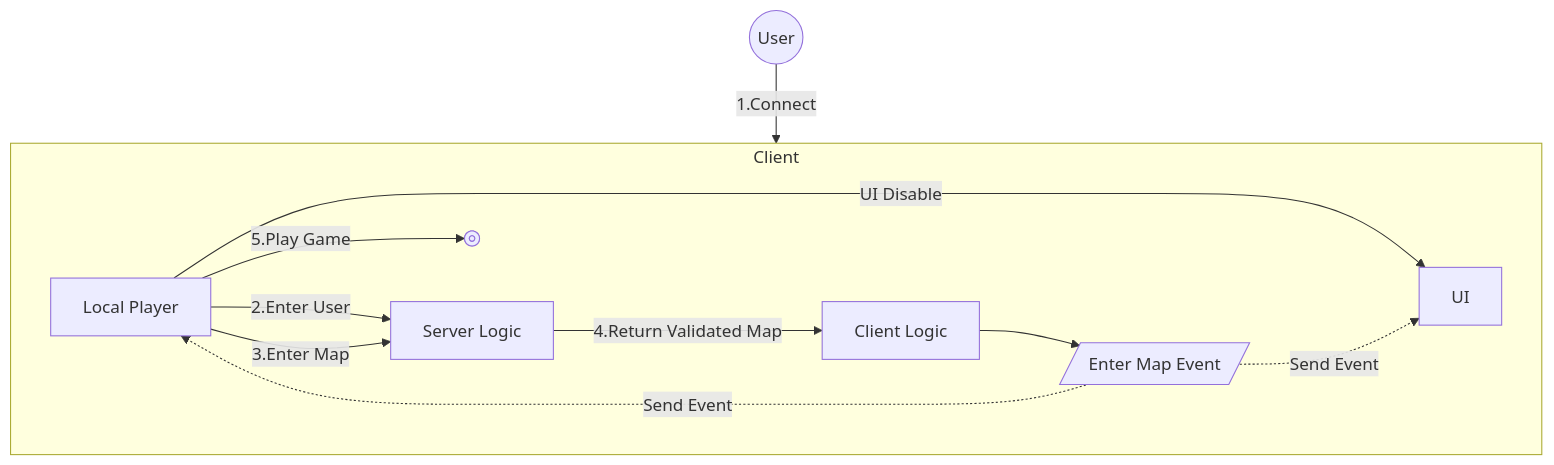
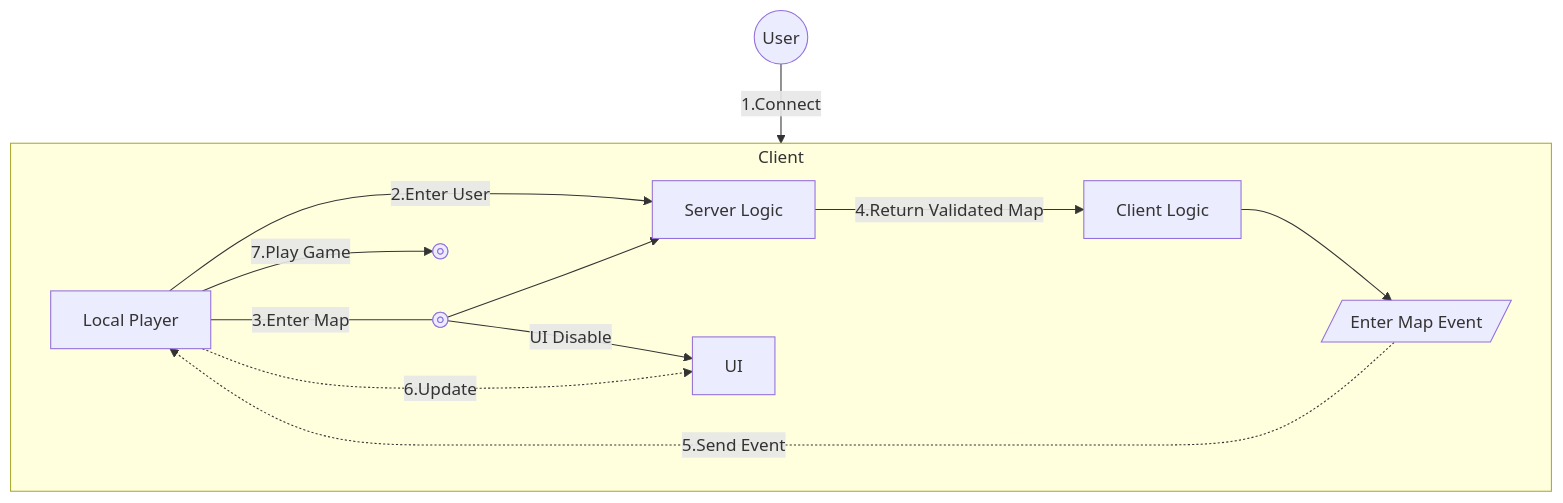
The diagram in README.md (dek0058/MScannot206), drawn with Mermaid before and after one commit. The commit also changed other lines of this file and 2 other files, not shown here.

Commit message:
캐릭터 선택창/로그인 구조 문서화

````diff
--- a/README.md
+++ b/README.md
@@ -35,25 +37,28 @@
 ```mermaid
 graph TD
     User@{ shape: circle, label: "User"}
 
     subgraph Client_Area [Client]
         direction LR
 
         LocalPlayer@{ shape: rect, label: "Local Player"}
         ClientLogic@{ shape: rect, label: "Client Logic"}
         ServerLogic@{ shape: rect, label: "Server Logic"}
         UI@{ shape: rect, label: "UI"}
         EnterMapEvent[/Enter Map Event/]
         Play@{ shape: fr-circ, label: "Play"}
+
+        EnterUser@{ shape: fr-circ, label: " "}
     end
 
     User-->|1.Connect|Client_Area
     LocalPlayer-->|2.Enter User|ServerLogic
-    LocalPlayer-->|3.Enter Map|ServerLogic
-    LocalPlayer-->|UI Disable|UI
+    LocalPlayer---|3.Enter Map|EnterUser
+    EnterUser-->ServerLogic
+    EnterUser-->|UI Disable|UI
     ServerLogic-->|4.Return Validated Map|ClientLogic
     ClientLogic-->EnterMapEvent
-    EnterMapEvent-.->|Send Event|LocalPlayer
-    EnterMapEvent-.->|Send Event|UI
-    LocalPlayer-->|5.Play Game|Play
+    EnterMapEvent-.->|5.Send Event|LocalPlayer
+    LocalPlayer-.->|6.Update|UI
+    LocalPlayer-->|7.Play Game|Play
 ```
````
